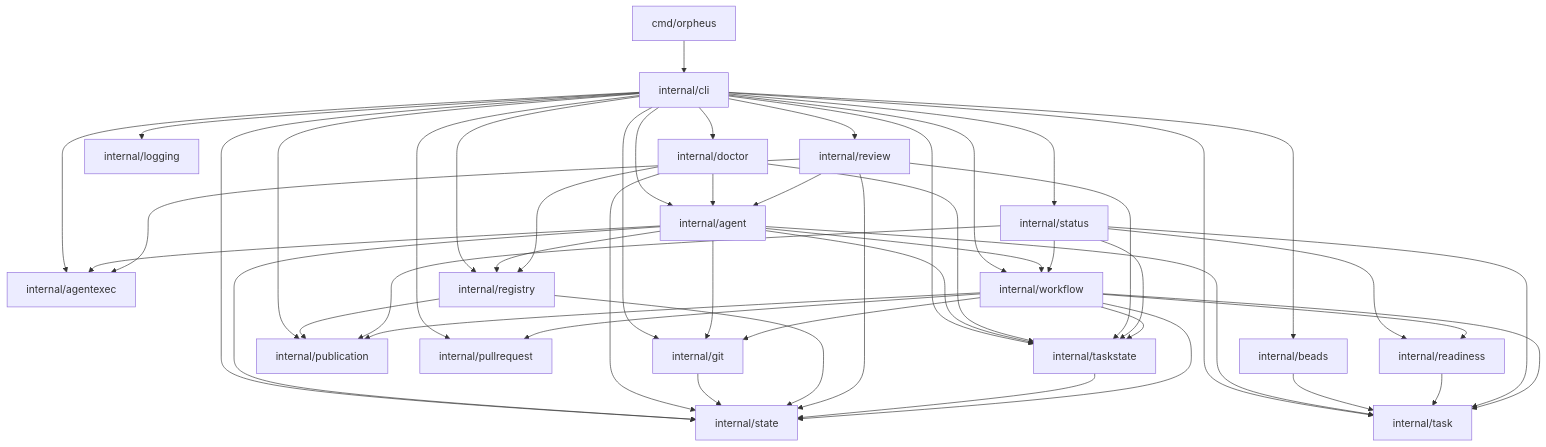
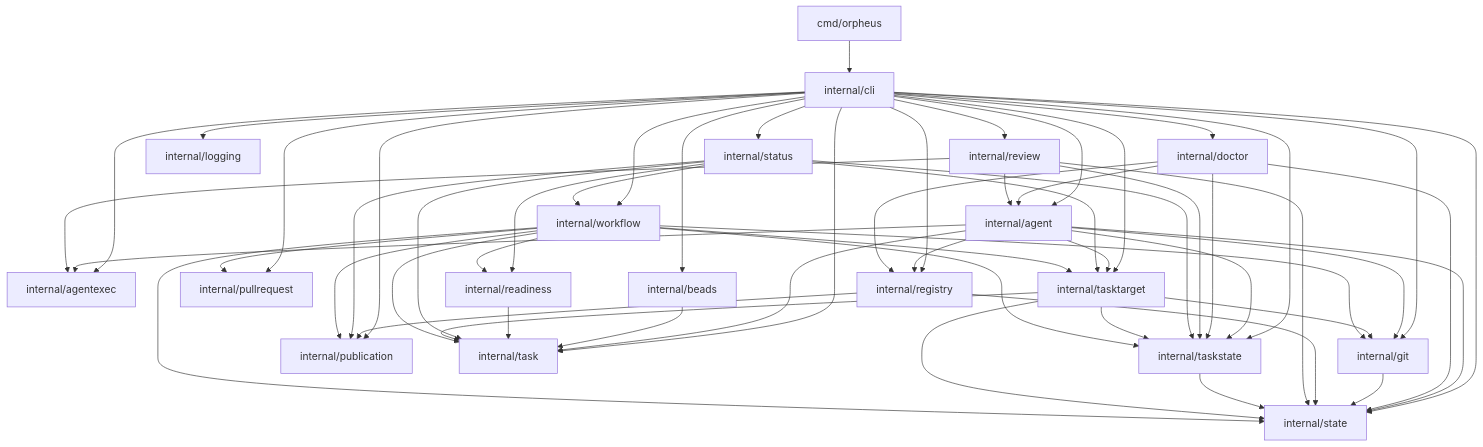
The diagram in docs/ARCHITECTURE.md (hea3ven/orpheus), drawn with Mermaid before and after one commit. The commit also changed other lines of this file and 20 other files, not shown here.

````diff
--- a/docs/ARCHITECTURE.md
+++ b/docs/ARCHITECTURE.md
@@ -34,55 +34,62 @@
 ```mermaid
 flowchart TD
     cmd["cmd/orpheus"] --> cli["internal/cli"]
 
     cli --> agent["internal/agent"]
     cli --> agentexec["internal/agentexec"]
     cli --> beads["internal/beads"]
     cli --> doctor["internal/doctor"]
     cli --> git["internal/git"]
     cli --> logging["internal/logging"]
     cli --> publication["internal/publication"]
     cli --> pullrequest["internal/pullrequest"]
     cli --> registry["internal/registry"]
     cli --> review["internal/review"]
     cli --> state["internal/state"]
     cli --> status["internal/status"]
     cli --> task["internal/task"]
     cli --> taskstate["internal/taskstate"]
+    cli --> tasktarget["internal/tasktarget"]
     cli --> workflow["internal/workflow"]
 
     agent --> agentexec["internal/agentexec"]
     agent --> git
     agent --> registry
     agent --> state
     agent --> task
     agent --> taskstate
-    agent --> workflow
+    agent --> tasktarget
 
     beads --> task
     doctor --> agent
     doctor --> registry
     doctor --> state
     doctor --> taskstate
     git --> state
     readiness["internal/readiness"] --> task
     registry --> publication
     registry --> state
     review --> agent
     review --> agentexec
     review --> state
     review --> taskstate
     status --> publication
     status --> readiness
     status --> task
     status --> taskstate
+    status --> tasktarget
     status --> workflow
     taskstate --> state
+    tasktarget --> git
+    tasktarget --> state
+    tasktarget --> task
+    tasktarget --> taskstate
     workflow --> git
     workflow --> publication
     workflow --> pullrequest
     workflow --> readiness
     workflow --> state
     workflow --> task
     workflow --> taskstate
+    workflow --> tasktarget
 ```
````
